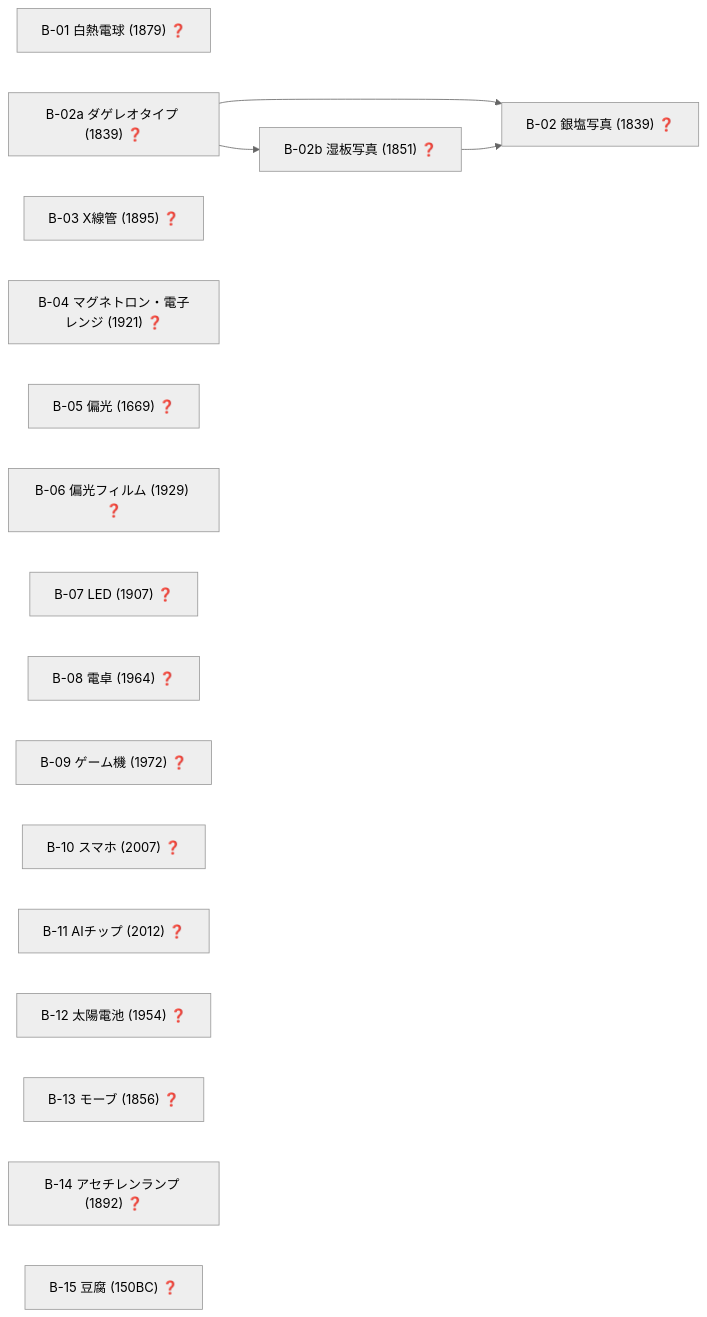
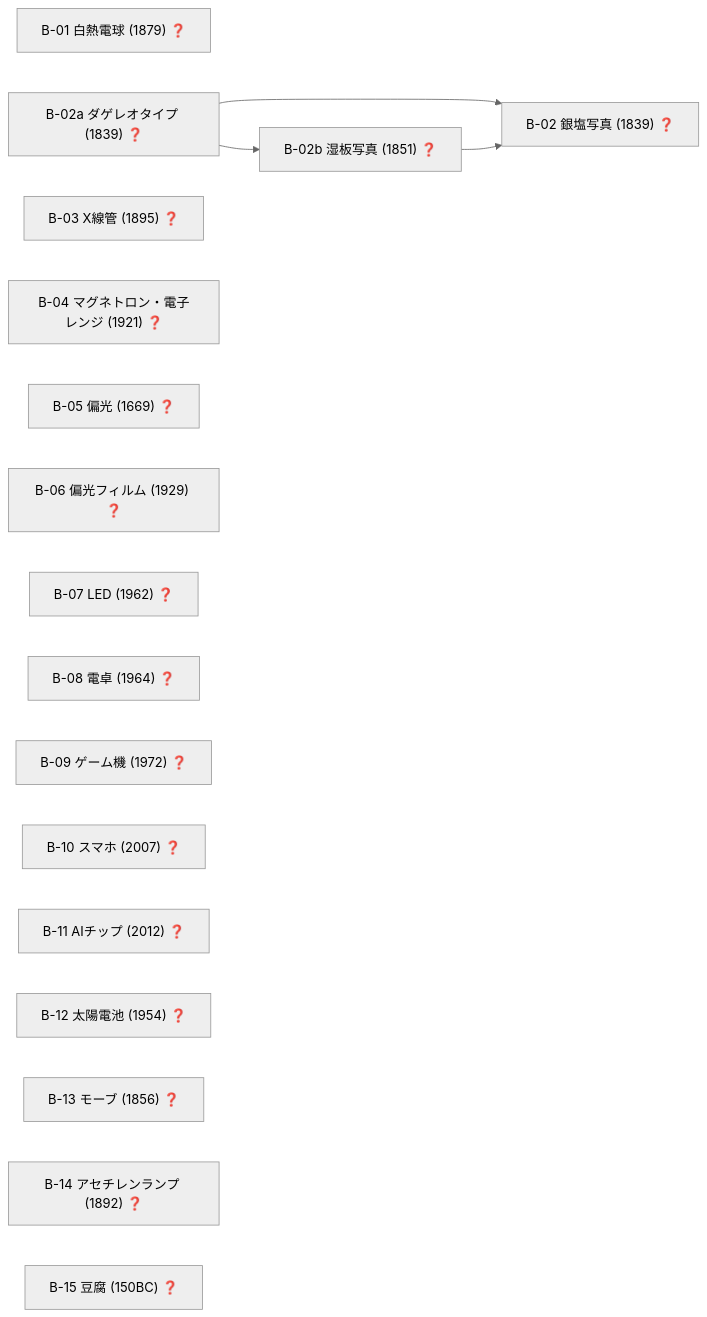
One commit to taku3i0317-collab/semiconductor-lab changed diagram 19 of 19 in docs/TECH_TREE_VIEW.md. Above: the diagram before and after it, drawn with Mermaid (neutral theme). The commit also changed other lines of this file and 7 other files, not shown here.

````diff
--- a/docs/TECH_TREE_VIEW.md
+++ b/docs/TECH_TREE_VIEW.md
@@ -802,23 +804,23 @@
 ```mermaid
 graph LR
   nB_01["B-01 白熱電球 (1879) ❓"]
   nB_02["B-02 銀塩写真 (1839) ❓"]
   nB_02a["B-02a ダゲレオタイプ (1839) ❓"]
   nB_02b["B-02b 湿板写真 (1851) ❓"]
   nB_03["B-03 X線管 (1895) ❓"]
   nB_04["B-04 マグネトロン・電子レンジ (1921) ❓"]
   nB_05["B-05 偏光 (1669) ❓"]
   nB_06["B-06 偏光フィルム (1929) ❓"]
-  nB_07["B-07 LED (1907) ❓"]
+  nB_07["B-07 LED (1962) ❓"]
   nB_08["B-08 電卓 (1964) ❓"]
   nB_09["B-09 ゲーム機 (1972) ❓"]
   nB_10["B-10 スマホ (2007) ❓"]
   nB_11["B-11 AIチップ (2012) ❓"]
   nB_12["B-12 太陽電池 (1954) ❓"]
   nB_13["B-13 モーブ (1856) ❓"]
   nB_14["B-14 アセチレンランプ (1892) ❓"]
   nB_15["B-15 豆腐 (150BC) ❓"]
   nB_02a-->nB_02
   nB_02b-->nB_02
   nB_02a-->nB_02b
 ```
````
